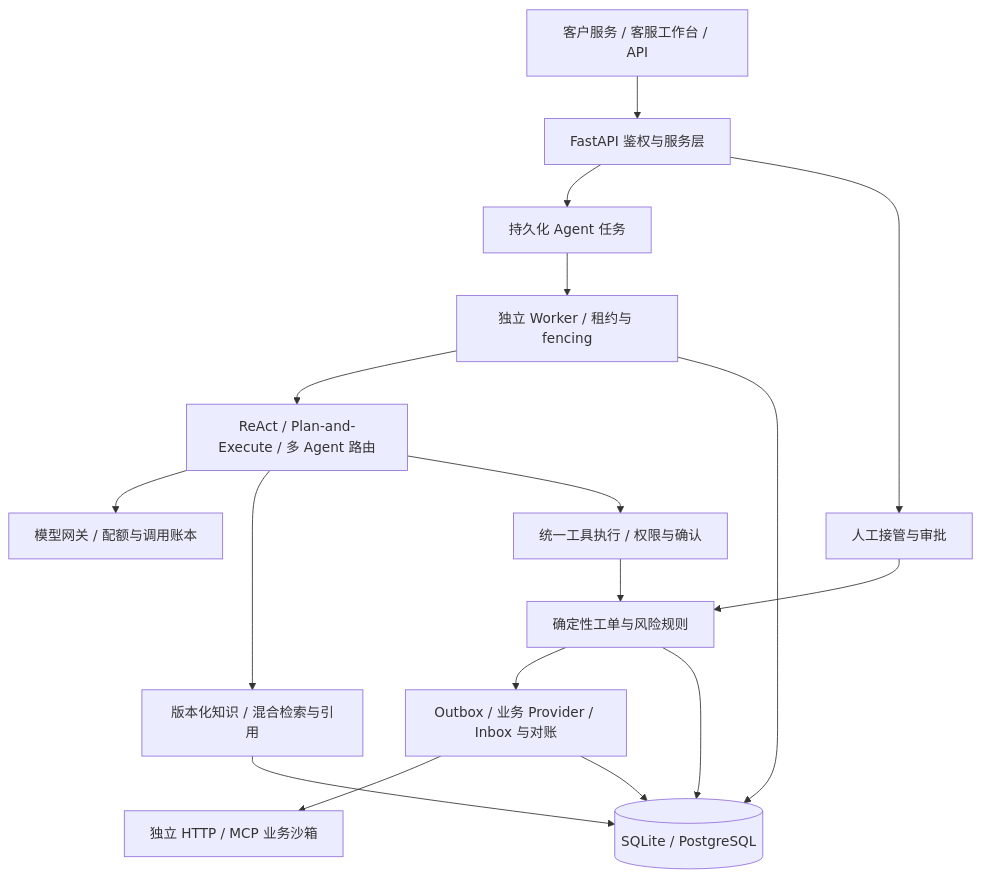
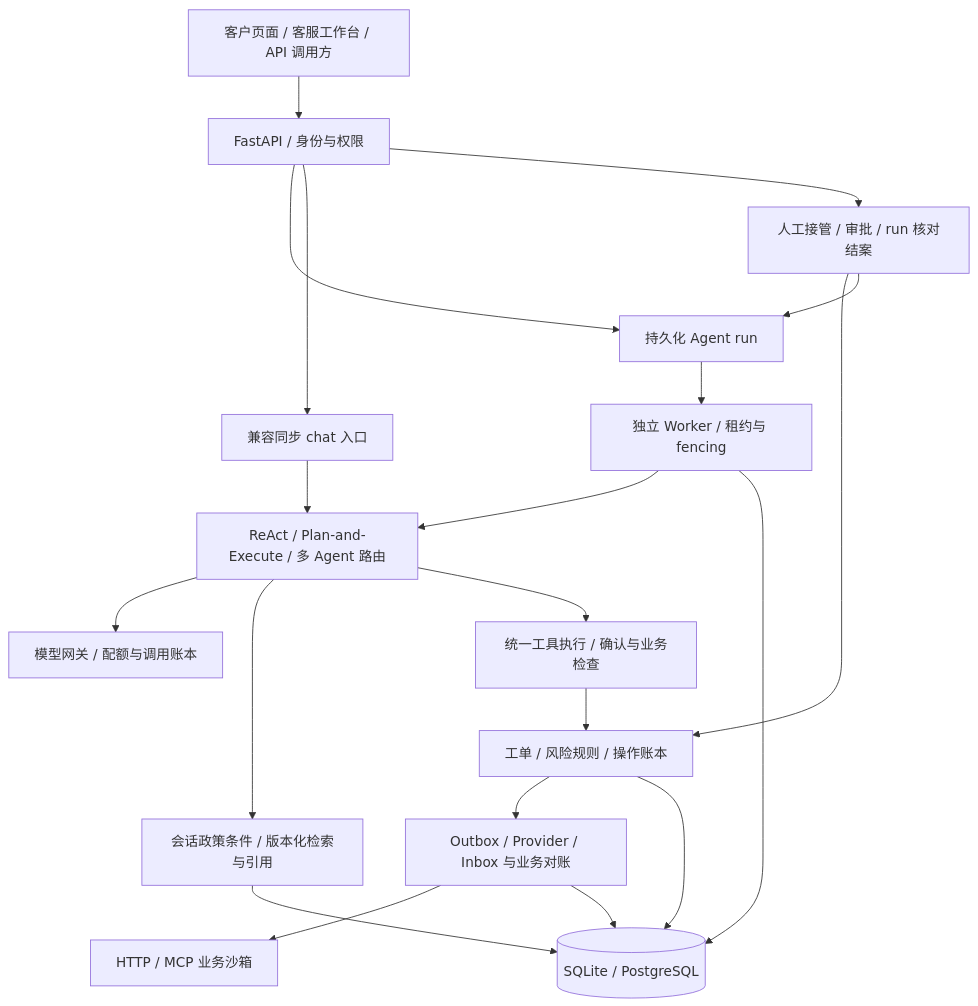
Before and after one commit to scallion7/xc_sx_agent: the diagram in docs/architecture/overview.md, drawn with Mermaid. The commit also changed other lines of this file and 35 other files, not shown here.

````diff
--- a/docs/architecture/overview.md
+++ b/docs/architecture/overview.md
@@ -7,19 +7,22 @@
 ```mermaid
 flowchart TD
-    UI[客户服务 / 客服工作台 / API] --> API[FastAPI 鉴权与服务层]
-    API --> Q[持久化 Agent 任务]
+    UI[客户页面 / 客服工作台 / API 调用方] --> API[FastAPI / 身份与权限]
+    API --> Q[持久化 Agent run]
     Q --> W[独立 Worker / 租约与 fencing]
-    W --> A[ReAct / Plan-and-Execute / 多 Agent 路由]
+    API --> C[兼容同步 chat 入口]
+    C --> A[ReAct / Plan-and-Execute / 多 Agent 路由]
+    W --> A
     A --> M[模型网关 / 配额与调用账本]
-    A --> K[版本化知识 / 混合检索与引用]
-    A --> T[统一工具执行 / 权限与确认]
-    T --> B[确定性工单与风险规则]
-    B --> O[Outbox / 业务 Provider / Inbox 与对账]
-    O --> S[独立 HTTP / MCP 业务沙箱]
-    API --> H[人工接管与审批]
+    A --> K[会话政策条件 / 版本化检索与引用]
+    A --> T[统一工具执行 / 确认与业务检查]
+    T --> B[工单 / 风险规则 / 操作账本]
+    B --> O[Outbox / Provider / Inbox 与业务对账]
+    O --> S[HTTP / MCP 业务沙箱]
+    API --> H[人工接管 / 审批 / run 核对结案]
     H --> B
+    H --> Q
     W --> DB[(SQLite / PostgreSQL)]
     B --> DB
     K --> DB
     O --> DB
 ```
````
